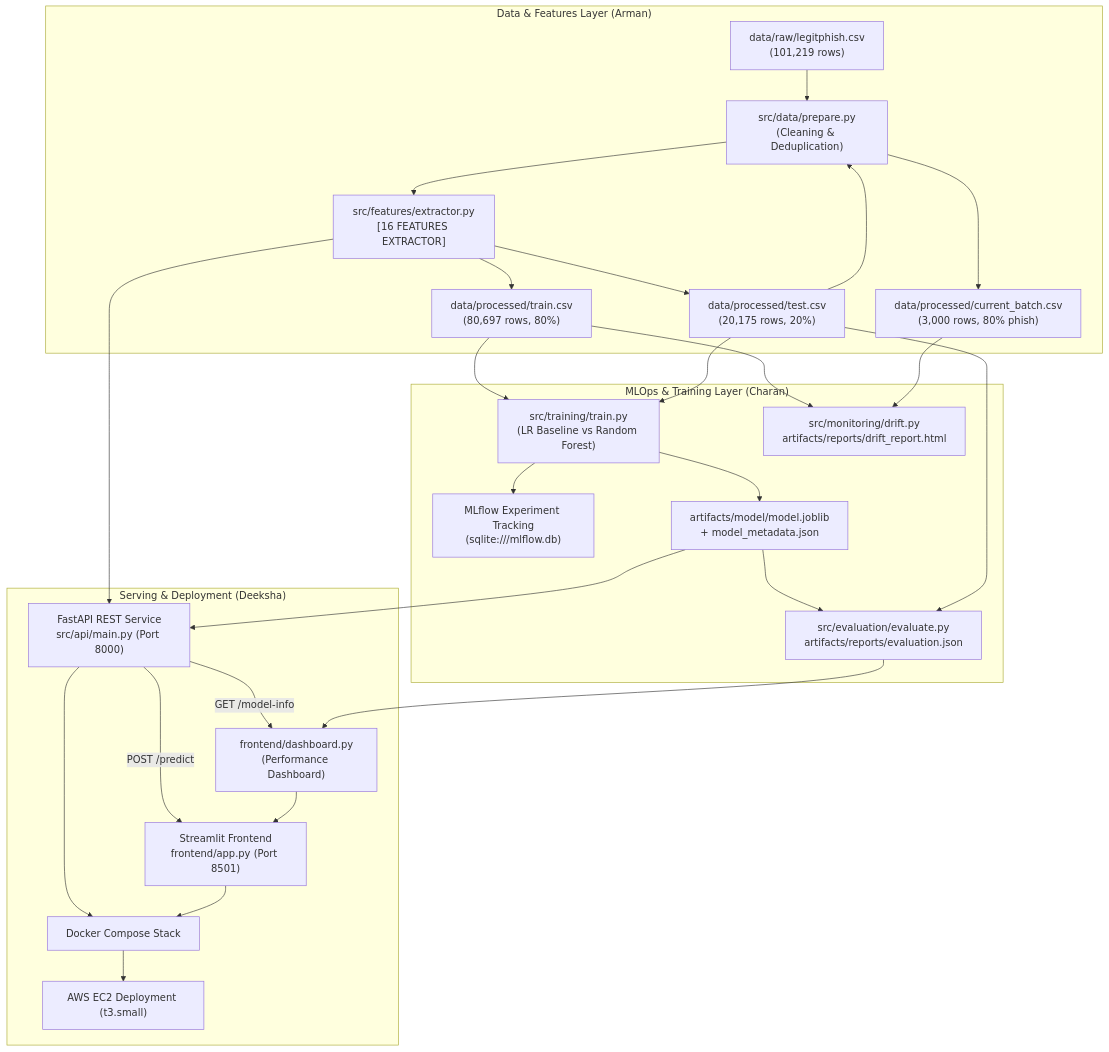
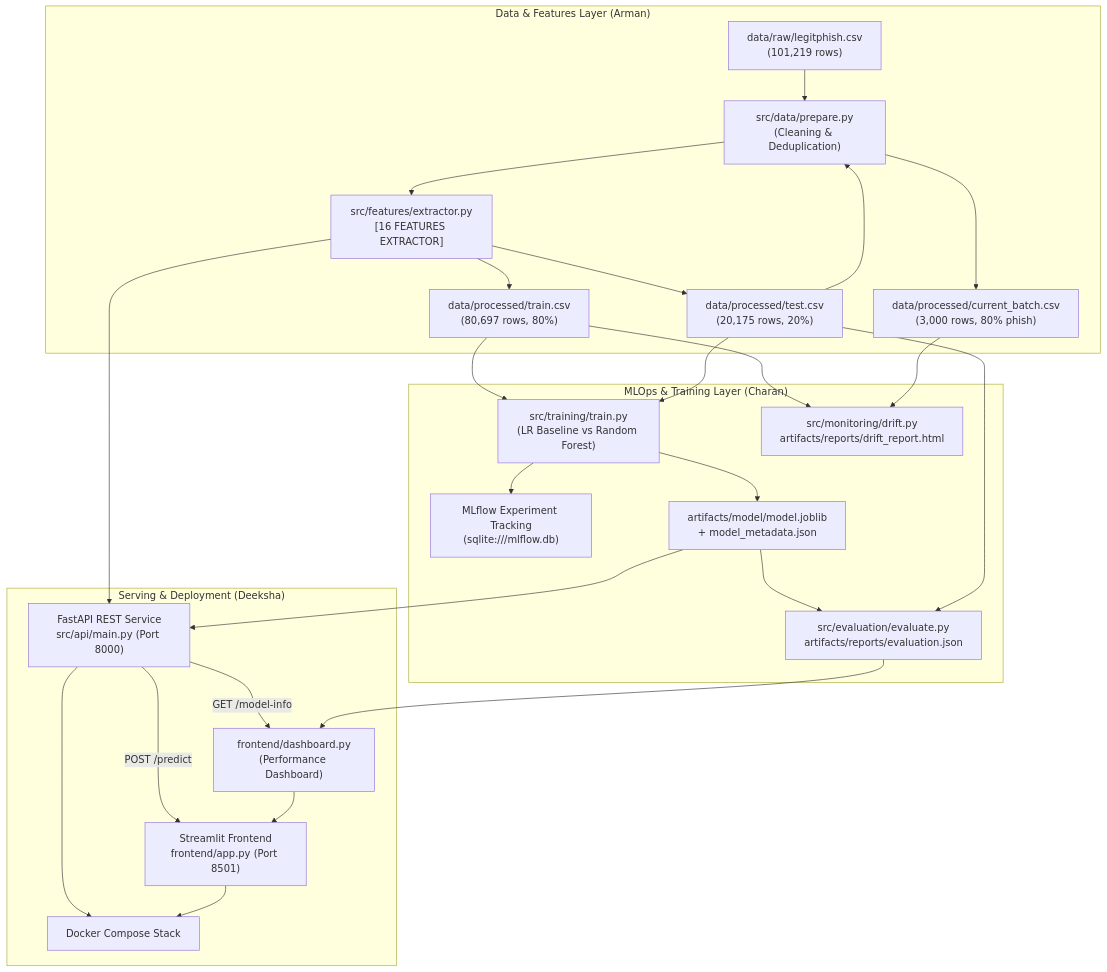
One commit to SinghCharanjeet11/phishing_shield changed the diagram in README.md. Above: the diagram before and after it, drawn with Mermaid. The commit also changed other lines of this file and 3 other files, not shown here.

````diff
--- a/README.md
+++ b/README.md
@@ -54,53 +54,51 @@
 ```mermaid
 flowchart TD
     subgraph Data_Layer["Data & Features Layer (Arman)"]
         Raw["data/raw/legitphish.csv\n(101,219 rows)"]
         Prep["src/data/prepare.py\n(Cleaning & Deduplication)"]
         Feat["src/features/extractor.py\n[16 FEATURES EXTRACTOR]"]
         TrainData["data/processed/train.csv\n(80,697 rows, 80%)"]
         TestData["data/processed/test.csv\n(20,175 rows, 20%)"]
         DriftData["data/processed/current_batch.csv\n(3,000 rows, 80% phish)"]
         
         Raw --> Prep
         Prep --> Feat
         Feat --> TrainData
         Feat --> TestData
         TestData --> Prep
         Prep --> DriftData
     end
 
     subgraph MLOps_Layer["MLOps & Training Layer (Charan)"]
         Train["src/training/train.py\n(LR Baseline vs Random Forest)"]
         MLflow["MLflow Experiment Tracking\n(sqlite:///mlflow.db)"]
         ModelArtifact["artifacts/model/model.joblib\n+ model_metadata.json"]
         EvalReport["src/evaluation/evaluate.py\nartifacts/reports/evaluation.json"]
         DriftReport["src/monitoring/drift.py\nartifacts/reports/drift_report.html"]
         
         TrainData --> Train
         TestData --> Train
         Train --> MLflow
         Train --> ModelArtifact
         ModelArtifact --> EvalReport
         TestData --> EvalReport
         TrainData --> DriftReport
         DriftData --> DriftReport
     end
 
     subgraph Serving_Layer["Serving & Deployment (Deeksha)"]
         API["FastAPI REST Service\nsrc/api/main.py (Port 8000)"]
         StreamlitUI["Streamlit Frontend\nfrontend/app.py (Port 8501)"]
         DashComponent["frontend/dashboard.py\n(Performance Dashboard)"]
         Docker["Docker Compose Stack"]
-        EC2["AWS EC2 Deployment (t3.small)"]
 
         ModelArtifact --> API
         Feat --> API
         API -- "POST /predict" --> StreamlitUI
         API -- "GET /model-info" --> DashComponent
         EvalReport --> DashComponent
         DashComponent --> StreamlitUI
         API --> Docker
         StreamlitUI --> Docker
-        Docker --> EC2
     end
 ```
````
